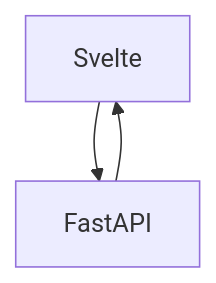
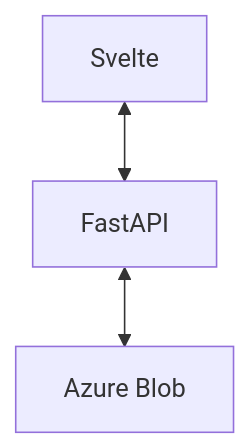
One commit to childmindresearch/cross-species-mapper changed the diagram in README.md. Above: the diagram before and after it, drawn with Mermaid.

Commit message:
Update software diagram

````diff
--- a/README.md
+++ b/README.md
@@ -31,5 +31,5 @@
 ```mermaid
 flowchart TD
-    Svelte --> FastAPI
-    FastAPI --> Svelte
+    Svelte <--> FastAPI
+    FastAPI <--> Azure[Azure Blob]
 ```
````
